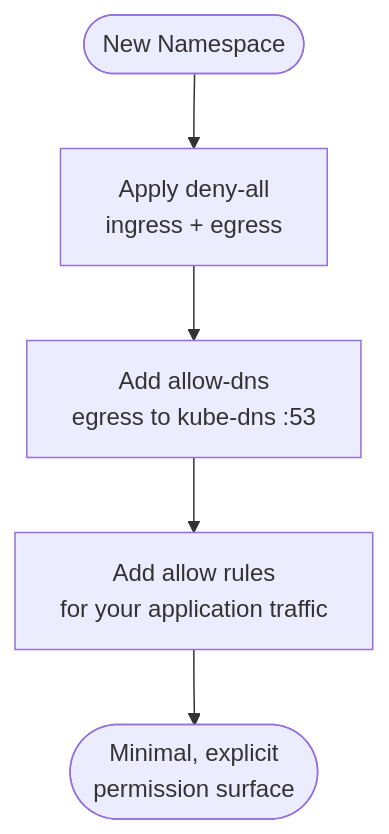
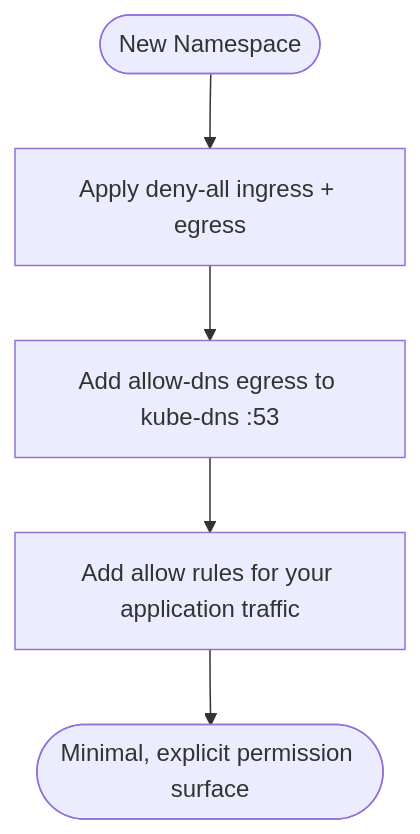
One commit to UncleJS/course_k3s changed the third of 4 diagrams in 09_security/02_network_policies.md. Above: the diagram before and after it, drawn with Mermaid. The commit also changed other lines of this file and 57 other files, not shown here.

````diff
--- a/09_security/02_network_policies.md
+++ b/09_security/02_network_policies.md
@@ -201,7 +201,7 @@
 ```mermaid
 flowchart TD
-    START([New Namespace]) --> DENY[Apply deny-all\ningress + egress]
-    DENY --> ADD_DNS[Add allow-dns\negress to kube-dns :53]
-    ADD_DNS --> ADD_APP[Add allow rules\nfor your application traffic]
-    ADD_APP --> DONE([Minimal, explicit\npermission surface])
+    START([New Namespace]) --> DENY[Apply deny-all ingress + egress]
+    DENY --> ADD_DNS[Add allow-dns egress to kube-dns :53]
+    ADD_DNS --> ADD_APP[Add allow rules for your application traffic]
+    ADD_APP --> DONE([Minimal, explicit permission surface])
 ```
````
